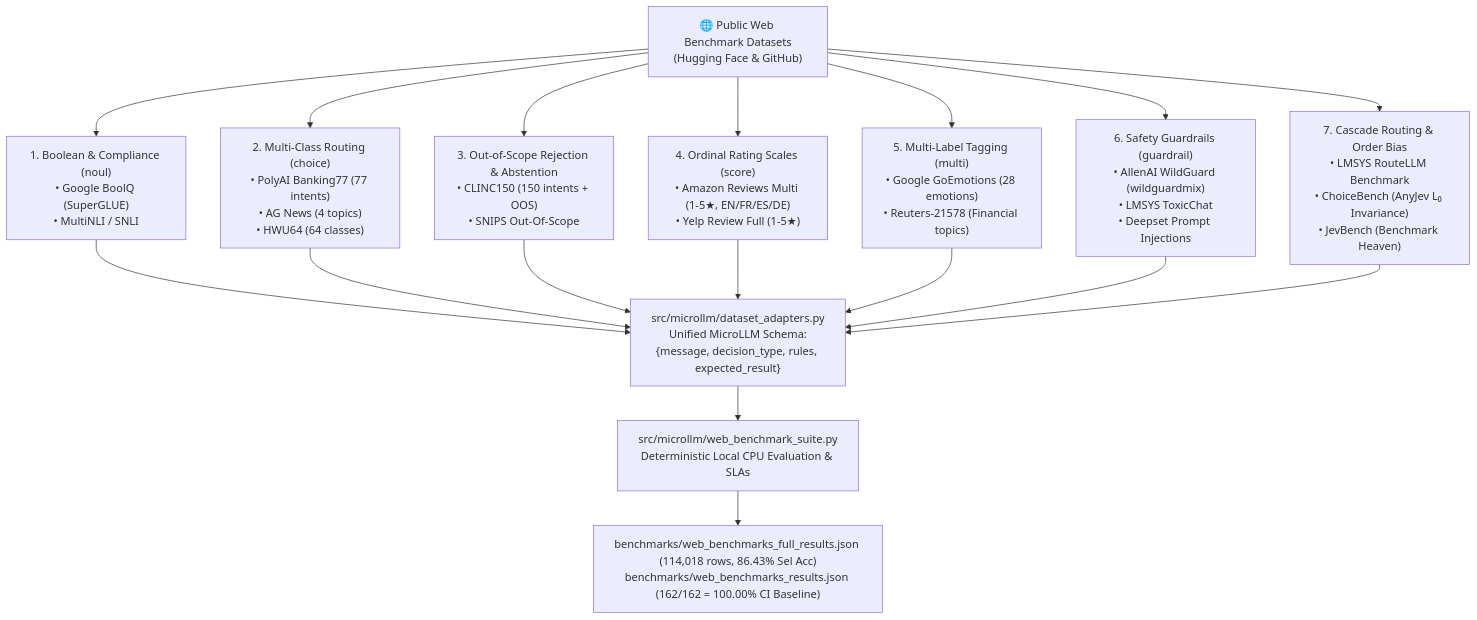
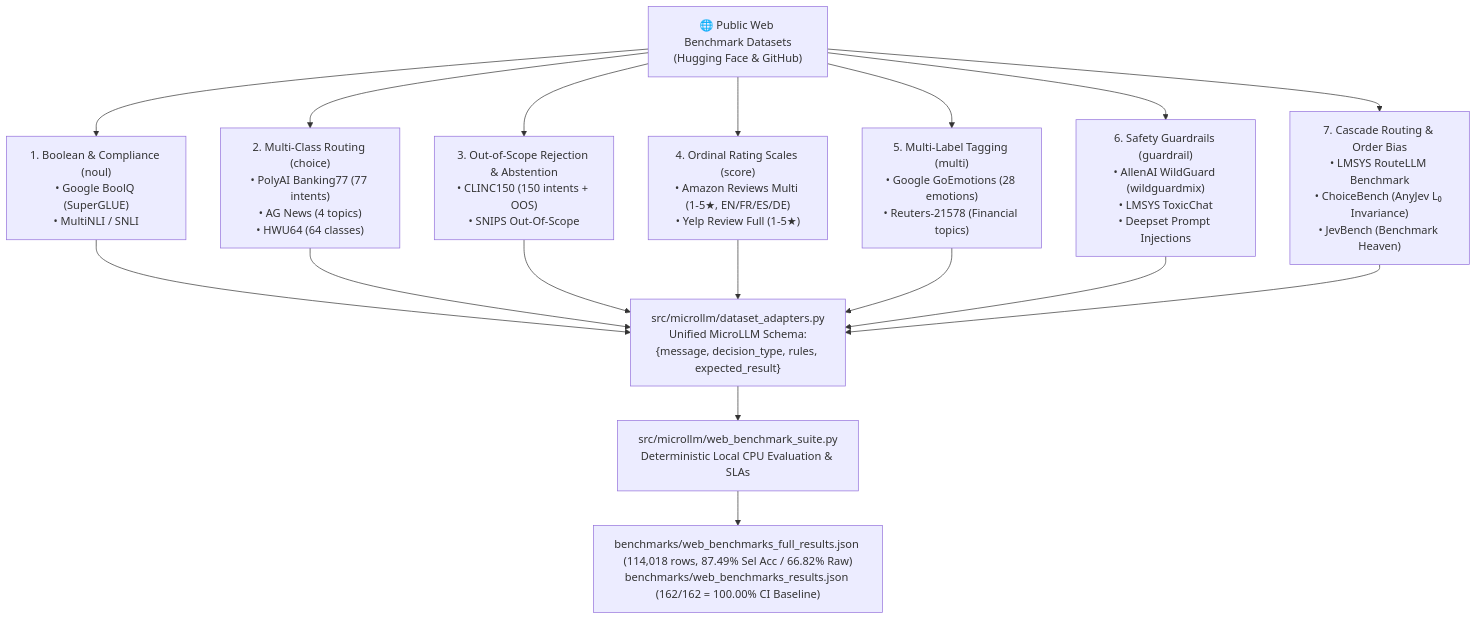
Before and after one commit to jmrenouard/MicroLLM: the diagram in docs/EXTERNAL_DATASETS_BENCHMARKS.md, drawn with Mermaid. The commit also changed other lines of this file and 21 other files, not shown here.

````diff
--- a/docs/EXTERNAL_DATASETS_BENCHMARKS.md
+++ b/docs/EXTERNAL_DATASETS_BENCHMARKS.md
@@ -19,21 +19,21 @@
 ```mermaid
 flowchart TD
     WEB["🌐 Public Web Benchmark Datasets<br/>(Hugging Face & GitHub)"] --> D1["1. Boolean & Compliance (noul)<br/>• Google BoolQ (SuperGLUE)<br/>• MultiNLI / SNLI"]
     WEB --> D2["2. Multi-Class Routing (choice)<br/>• PolyAI Banking77 (77 intents)<br/>• AG News (4 topics)<br/>• HWU64 (64 classes)"]
     WEB --> D3["3. Out-of-Scope Rejection & Abstention<br/>• CLINC150 (150 intents + OOS)<br/>• SNIPS Out-Of-Scope"]
     WEB --> D4["4. Ordinal Rating Scales (score)<br/>• Amazon Reviews Multi (1-5★, EN/FR/ES/DE)<br/>• Yelp Review Full (1-5★)"]
     WEB --> D5["5. Multi-Label Tagging (multi)<br/>• Google GoEmotions (28 emotions)<br/>• Reuters-21578 (Financial topics)"]
     WEB --> D6["6. Safety Guardrails (guardrail)<br/>• AllenAI WildGuard (wildguardmix)<br/>• LMSYS ToxicChat<br/>• Deepset Prompt Injections"]
     WEB --> D7["7. Cascade Routing & Order Bias<br/>• LMSYS RouteLLM Benchmark<br/>• ChoiceBench (AnyJev L₀ Invariance)<br/>• JevBench (Benchmark Heaven)"]
 
     D1 --> ADAPT["src/microllm/dataset_adapters.py<br/>Unified MicroLLM Schema:<br/>{message, decision_type, rules, expected_result}"]
     D2 --> ADAPT
     D3 --> ADAPT
     D4 --> ADAPT
     D5 --> ADAPT
     D6 --> ADAPT
     D7 --> ADAPT
 
     ADAPT --> EXEC["src/microllm/web_benchmark_suite.py<br/>Deterministic Local CPU Evaluation & SLAs"]
-    EXEC --> REP["benchmarks/web_benchmarks_full_results.json (114,018 rows, 86.43% Sel Acc)<br/>benchmarks/web_benchmarks_results.json (162/162 = 100.00% CI Baseline)"]
+    EXEC --> REP["benchmarks/web_benchmarks_full_results.json (114,018 rows, 87.49% Sel Acc / 66.82% Raw)<br/>benchmarks/web_benchmarks_results.json (162/162 = 100.00% CI Baseline)"]
 ```
````
